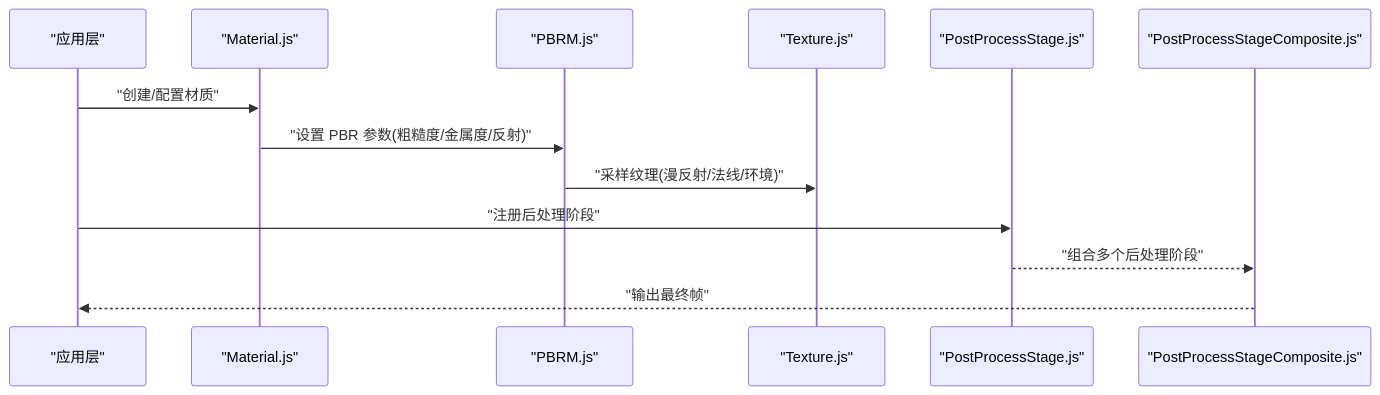
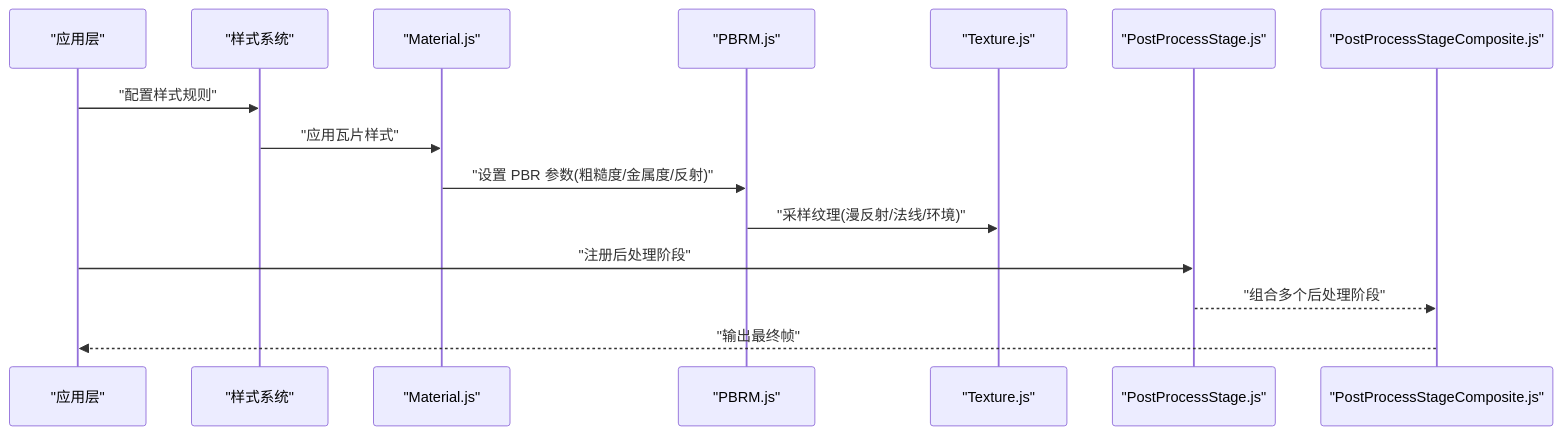
The second of 6 diagrams in .qoder/repowiki/zh/content/实体和几何体/材质系统/材质系统.md (rzhangjing/cesium), drawn with Mermaid before and after one commit. The commit also changed other lines of this file and 74 other files, not shown here.

````diff
--- a/.qoder/repowiki/zh/content/实体和几何体/材质系统/材质系统.md
+++ b/.qoder/repowiki/zh/content/实体和几何体/材质系统/材质系统.md
@@ -117,15 +119,17 @@
 ```mermaid
 sequenceDiagram
 participant App as "应用层"
+participant Style as "样式系统"
 participant Mat as "Material.js"
 participant PBR as "PBRM.js"
 participant Tex as "Texture.js"
 participant PP as "PostProcessStage.js"
 participant PPC as "PostProcessStageComposite.js"
-App->>Mat : "创建/配置材质"
+App->>Style : "配置样式规则"
+Style->>Mat : "应用瓦片样式"
 Mat->>PBR : "设置 PBR 参数(粗糙度/金属度/反射)"
 PBR->>Tex : "采样纹理(漫反射/法线/环境)"
 App->>PP : "注册后处理阶段"
 PP-->>PPC : "组合多个后处理阶段"
 PPC-->>App : "输出最终帧"
 ```
````
